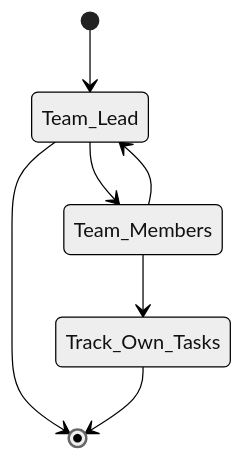
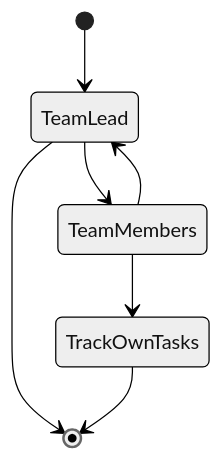
Before and after one commit to ChoonKeeGohJQ/EGL314-TeamA-ProjectSpace: the diagram in README.md, drawn with Mermaid (neutral theme).

````diff
--- a/README.md
+++ b/README.md
@@ -3,10 +3,10 @@
 ```mermaid
 stateDiagram
-    [*] --> Team_Lead
-    Team_Lead --> [*]
+    [*] --> TeamLead
+    TeamLead --> [*]
 
-    Team_Lead --> Team_Members
-    Team_Members --> Team_Lead
-    Team_Members --> Track_Own_Tasks
-    Track_Own_Tasks --> [*]
+    TeamLead --> TeamMembers
+    TeamMembers --> TeamLead
+    TeamMembers --> TrackOwnTasks
+    TrackOwnTasks --> [*]
 ```
````
